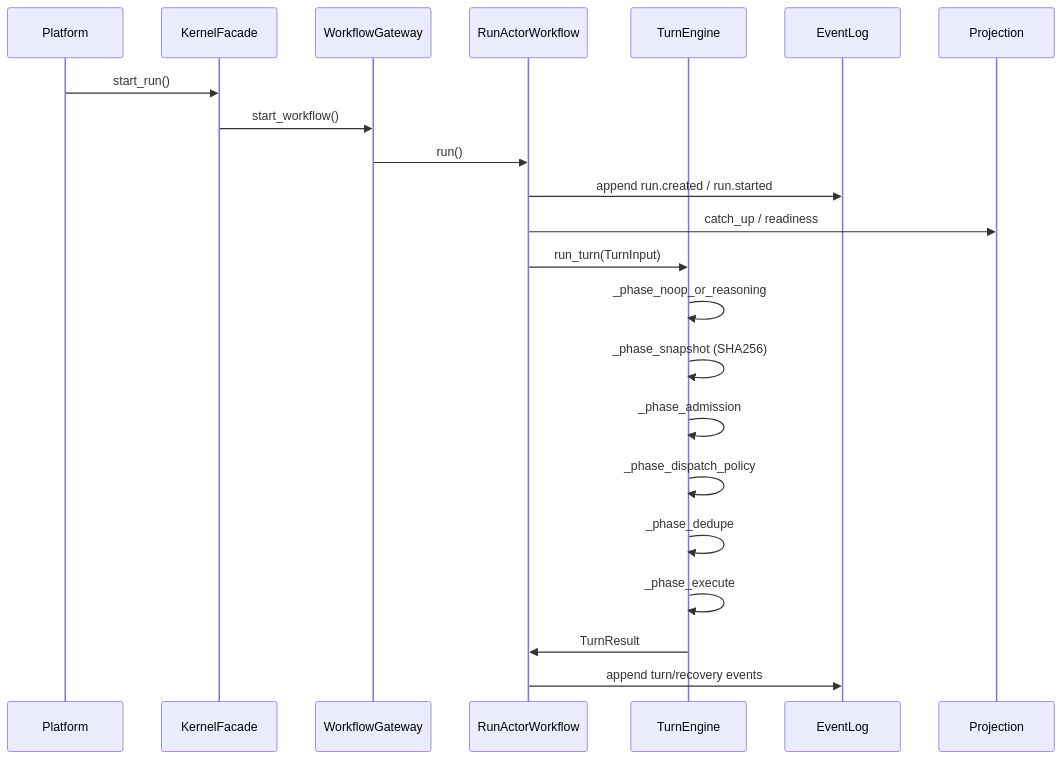
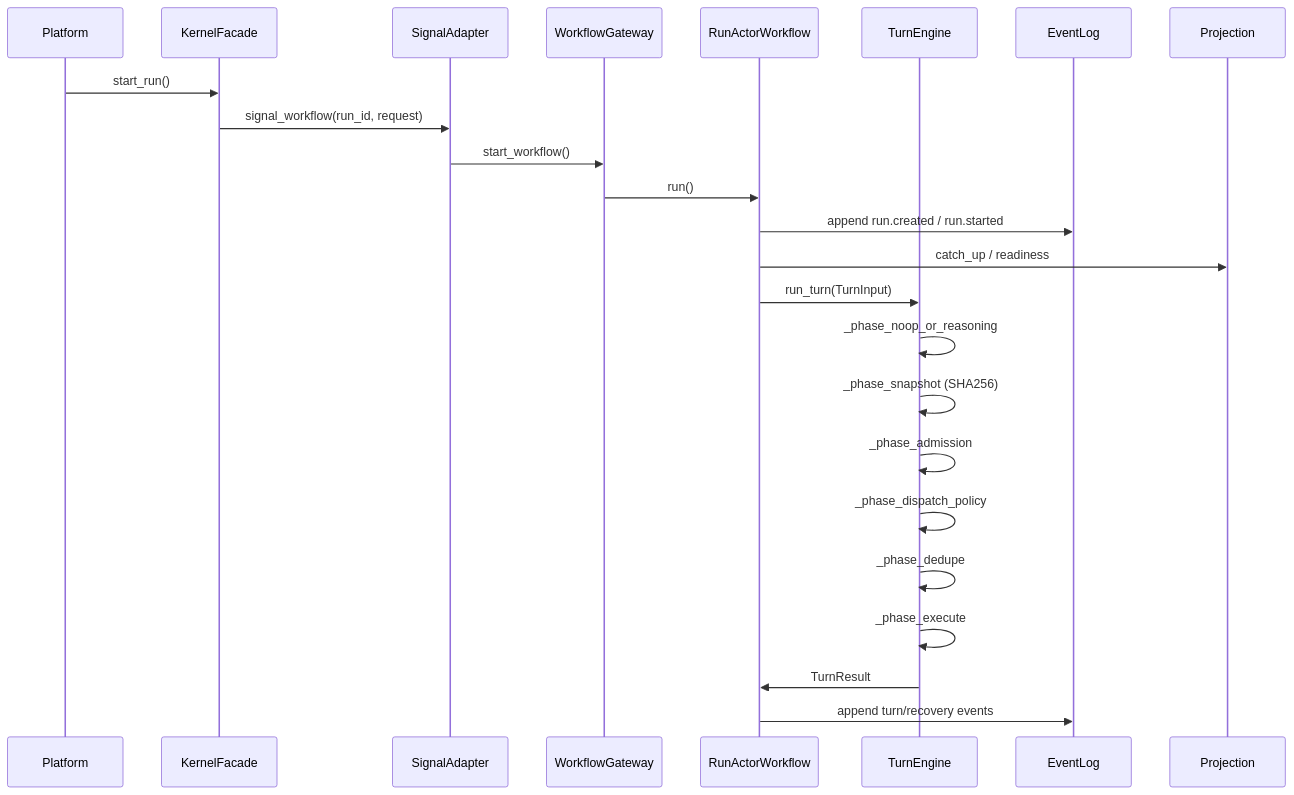
The second of 4 diagrams in ARCHITECTURE.md (chaosxingxc-orion/agent-kernel), drawn with Mermaid before and after one commit. The commit also changed other lines of this file and 34 other files, not shown here.

````diff
--- a/ARCHITECTURE.md
+++ b/ARCHITECTURE.md
@@ -111,25 +114,27 @@
 ```mermaid
 sequenceDiagram
   participant P as Platform
   participant F as KernelFacade
+  participant A as SignalAdapter
   participant G as WorkflowGateway
   participant R as RunActorWorkflow
   participant T as TurnEngine
   participant E as EventLog
   participant J as Projection
 
   P->>F: start_run()
-  F->>G: start_workflow()
+  F->>A: signal_workflow(run_id, request)
+  A->>G: start_workflow()
   G->>R: run()
   R->>E: append run.created / run.started
   R->>J: catch_up / readiness
   R->>T: run_turn(TurnInput)
   T->>T: _phase_noop_or_reasoning
   T->>T: _phase_snapshot (SHA256)
   T->>T: _phase_admission
   T->>T: _phase_dispatch_policy
   T->>T: _phase_dedupe
   T->>T: _phase_execute
   T->>R: TurnResult
   R->>E: append turn/recovery events
 ```
````
